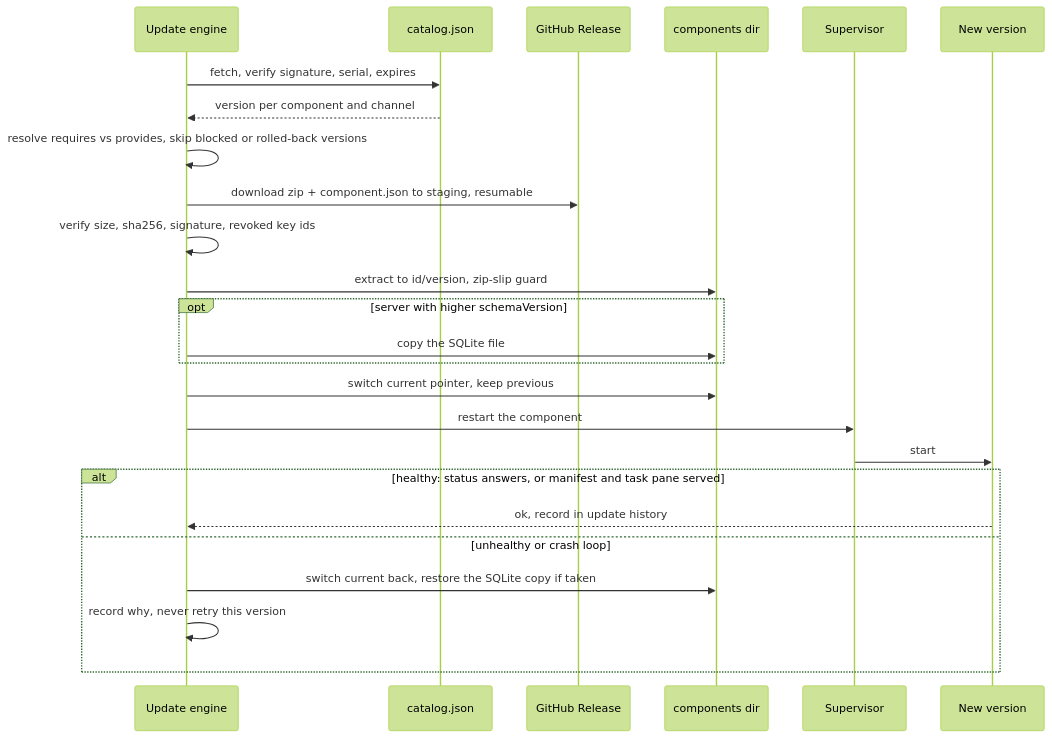
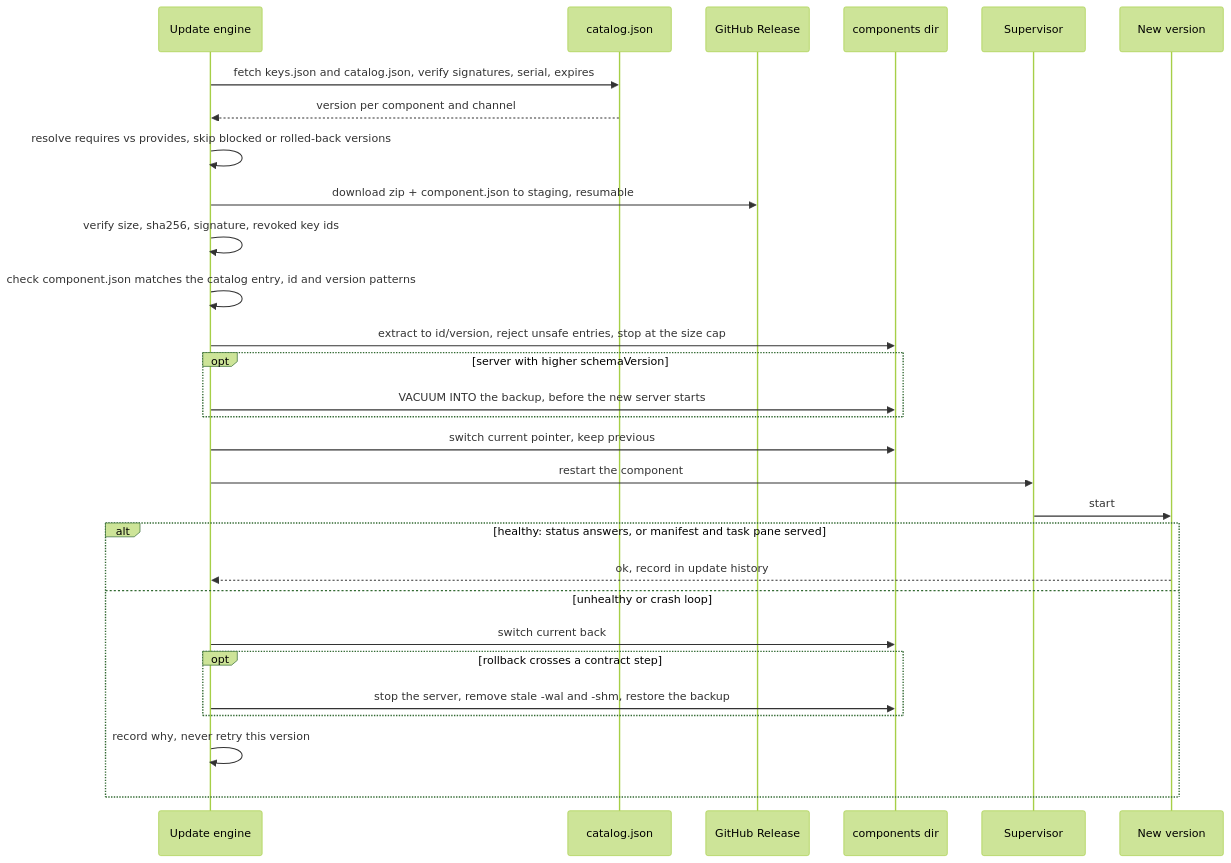
Before and after one commit to Disble/stylistic-hub: the third of 3 diagrams in docs/architecture.md, drawn with Mermaid (forest theme). The commit also changed other lines of this file and 3 other files, not shown here.

````diff
--- a/docs/architecture.md
+++ b/docs/architecture.md
@@ -122,28 +127,32 @@
 ```mermaid
 sequenceDiagram
   participant E as Update engine
   participant C as catalog.json
   participant R as GitHub Release
   participant D as components dir
   participant S as Supervisor
   participant X as New version
 
-  E->>C: fetch, verify signature, serial, expires
+  E->>C: fetch keys.json and catalog.json, verify signatures, serial, expires
   C-->>E: version per component and channel
   E->>E: resolve requires vs provides, skip blocked or rolled-back versions
   E->>R: download zip + component.json to staging, resumable
   E->>E: verify size, sha256, signature, revoked key ids
-  E->>D: extract to id/version, zip-slip guard
+  E->>E: check component.json matches the catalog entry, id and version patterns
+  E->>D: extract to id/version, reject unsafe entries, stop at the size cap
   opt server with higher schemaVersion
-    E->>D: copy the SQLite file
+    E->>D: VACUUM INTO the backup, before the new server starts
   end
   E->>D: switch current pointer, keep previous
   E->>S: restart the component
   S->>X: start
   alt healthy: status answers, or manifest and task pane served
     X-->>E: ok, record in update history
   else unhealthy or crash loop
-    E->>D: switch current back, restore the SQLite copy if taken
+    E->>D: switch current back
+    opt rollback crosses a contract step
+      E->>D: stop the server, remove stale -wal and -shm, restore the backup
+    end
     E->>E: record why, never retry this version
   end
 ```
````
